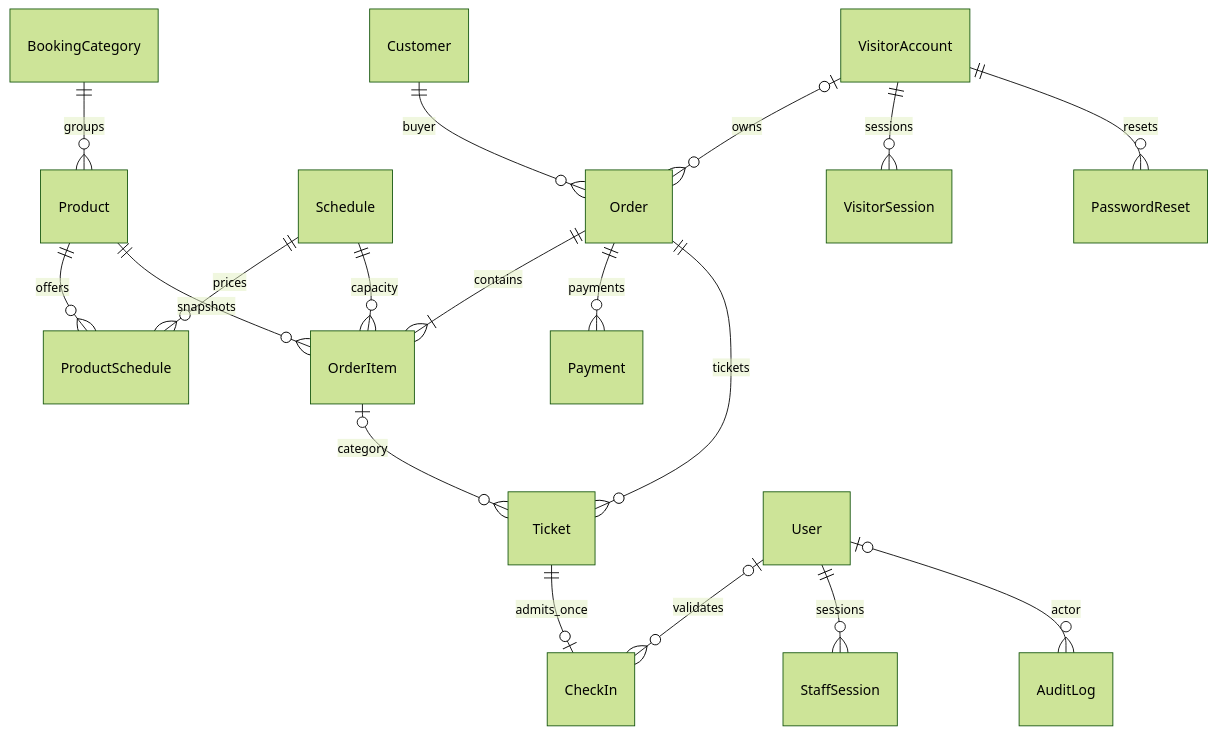
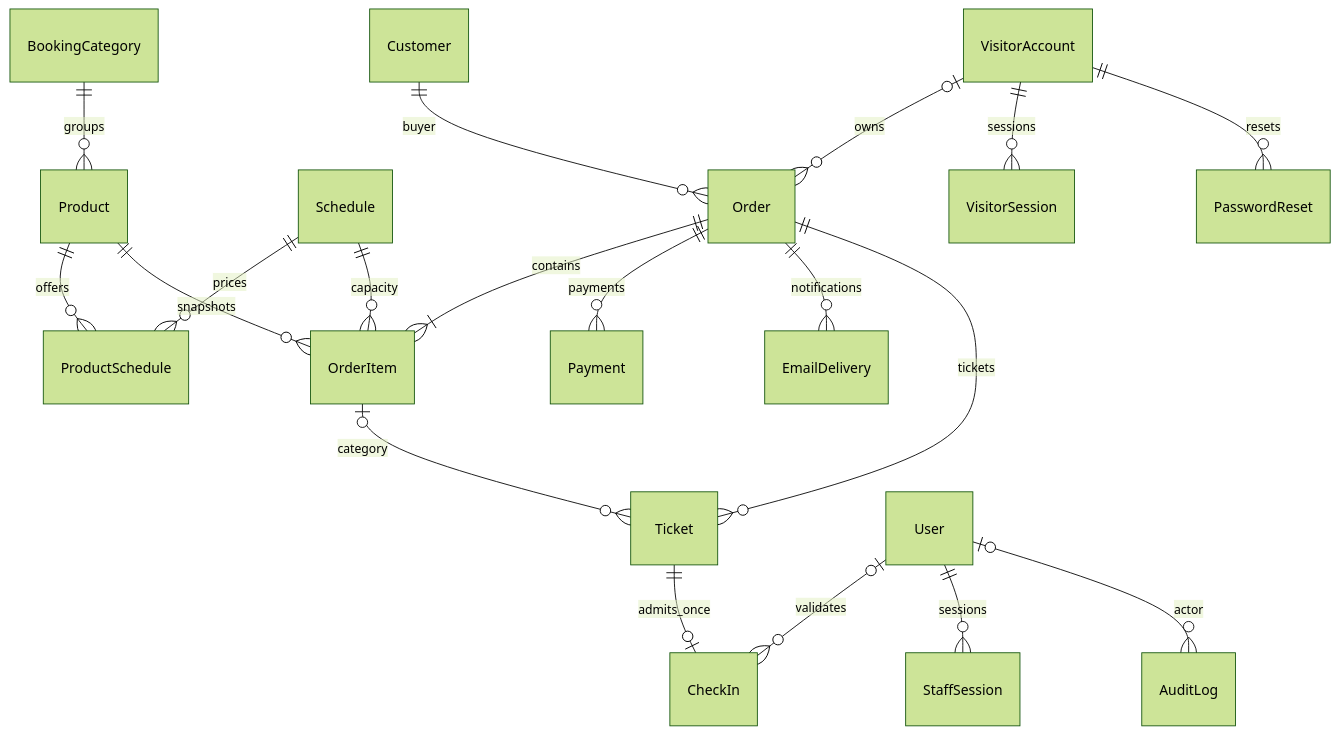
One commit to rifdanhd/lembur.udjo changed the second of 3 diagrams in docs/booking/rad-design.md. Above: the diagram before and after it, drawn with Mermaid (forest theme). The commit also changed other lines of this file and 47 other files, not shown here.

````diff
--- a/docs/booking/rad-design.md
+++ b/docs/booking/rad-design.md
@@ -83,20 +90,21 @@
 ```mermaid
 erDiagram
   BookingCategory ||--o{ Product : groups
   Product ||--o{ ProductSchedule : offers
   Schedule ||--o{ ProductSchedule : prices
   Product ||--o{ OrderItem : snapshots
   Schedule ||--o{ OrderItem : capacity
   Customer ||--o{ Order : buyer
   VisitorAccount o|--o{ Order : owns
   VisitorAccount ||--o{ VisitorSession : sessions
   VisitorAccount ||--o{ PasswordReset : resets
   Order ||--|{ OrderItem : contains
   Order ||--o{ Payment : payments
+  Order ||--o{ EmailDelivery : notifications
   Order ||--o{ Ticket : tickets
   OrderItem o|--o{ Ticket : category
   Ticket ||--o| CheckIn : admits_once
   User o|--o{ CheckIn : validates
   User ||--o{ StaffSession : sessions
   User o|--o{ AuditLog : actor
 ```
````
